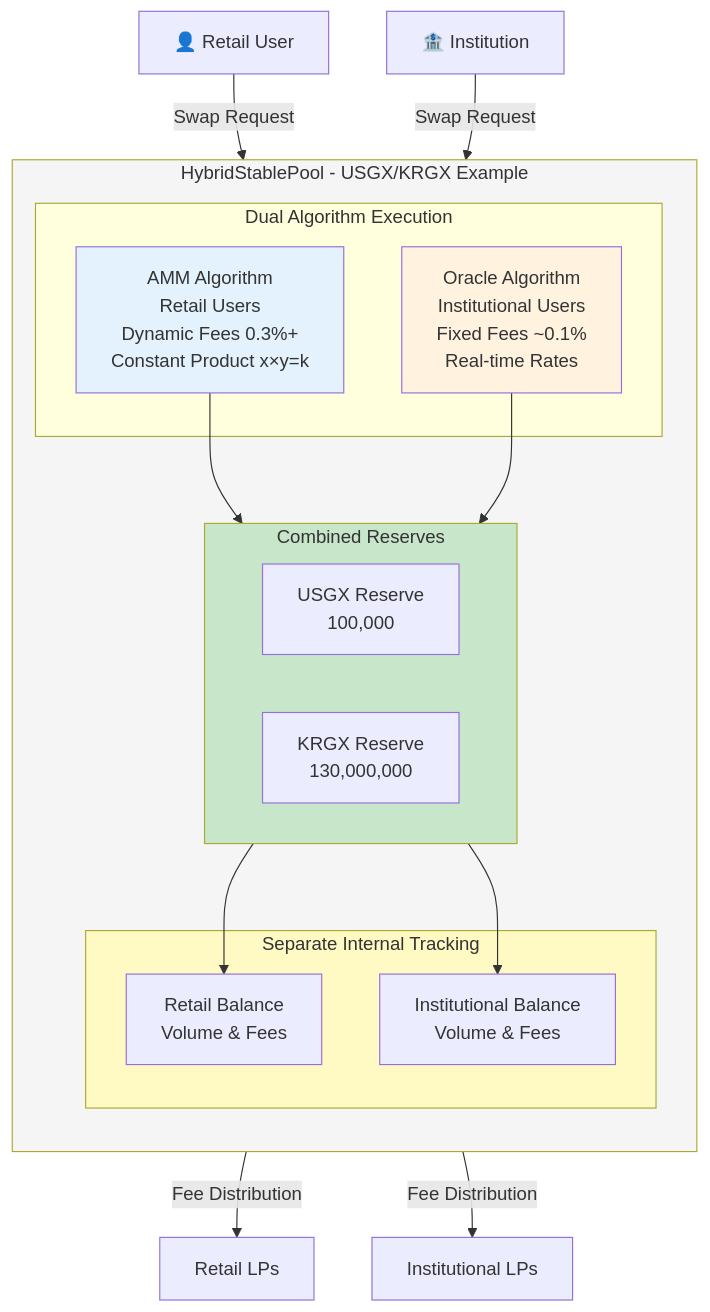
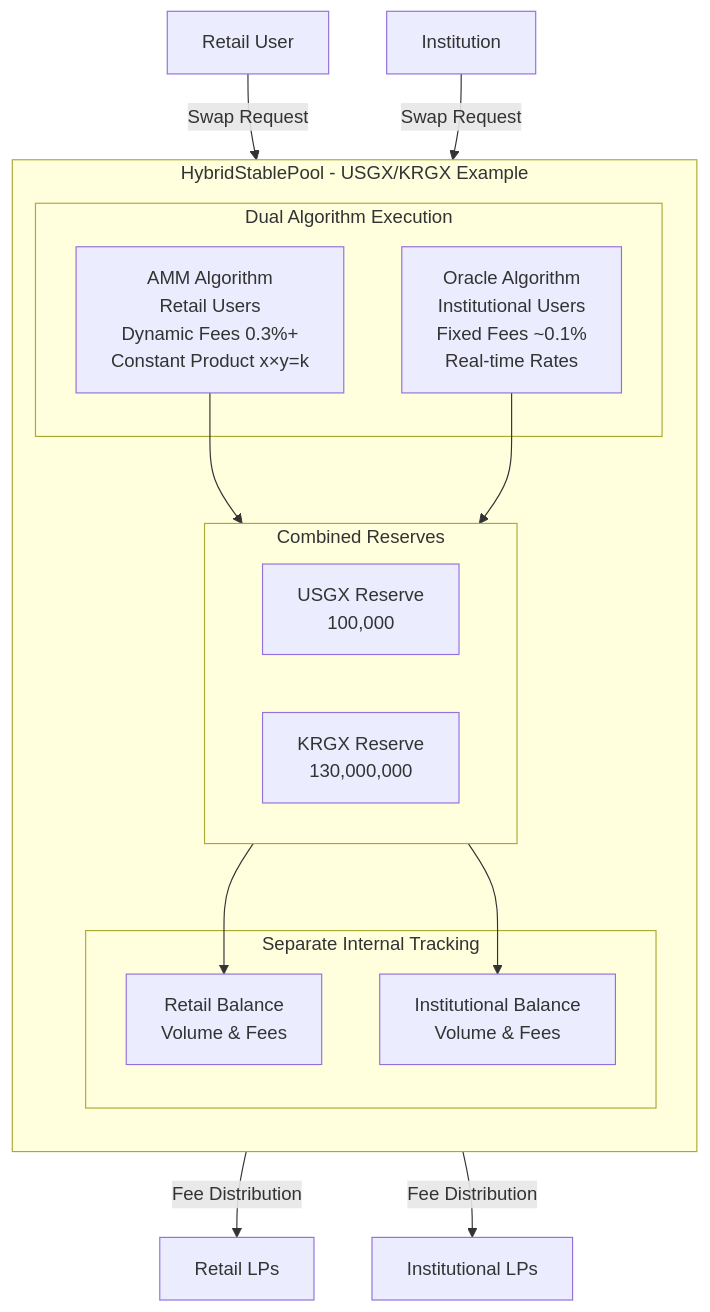
The second of 2 diagrams in gurudex/02_hybrid_pools.md (fbtopg/gurufin-docs), drawn with Mermaid before and after one commit. The commit also changed other lines of this file and 18 other files, not shown here.

````diff
--- a/gurudex/02_hybrid_pools.md
+++ b/gurudex/02_hybrid_pools.md
@@ -129,39 +123,33 @@
 ```mermaid
 flowchart TB
     subgraph Pool["HybridStablePool - USGX/KRGX Example"]
         direction TB
         
         subgraph Algorithms["Dual Algorithm Execution"]
             AMM["AMM Algorithm<br/>Retail Users<br/>Dynamic Fees 0.3%+<br/>Constant Product x×y=k"]
             Oracle["Oracle Algorithm<br/>Institutional Users<br/>Fixed Fees ~0.1%<br/>Real-time Rates"]
         end
         
         subgraph Reserves["Combined Reserves"]
             USGX[USGX Reserve<br/>100,000]
             KRGX[KRGX Reserve<br/>130,000,000]
         end
         
         subgraph Tracking["Separate Internal Tracking"]
             RetailTrack[Retail Balance<br/>Volume & Fees]
             InstTrack[Institutional Balance<br/>Volume & Fees]
         end
     end
     
-    RetailUser[👤 Retail User] -->|Swap Request| AMM
-    InstUser[🏦 Institution] -->|Swap Request| Oracle
+    RetailUser[Retail User] -->|Swap Request| AMM
+    InstUser[Institution] -->|Swap Request| Oracle
     
     AMM --> Reserves
     Oracle --> Reserves
     
     Reserves --> RetailTrack
     Reserves --> InstTrack
     
     RetailTrack -->|Fee Distribution| RetailLP[Retail LPs]
     InstTrack -->|Fee Distribution| InstLP[Institutional LPs]
-    
-    style Pool fill:#f5f5f5
-    style AMM fill:#e3f2fd
-    style Oracle fill:#fff3e0
-    style Reserves fill:#c8e6c9
-    style Tracking fill:#fff9c4
 ```
````
